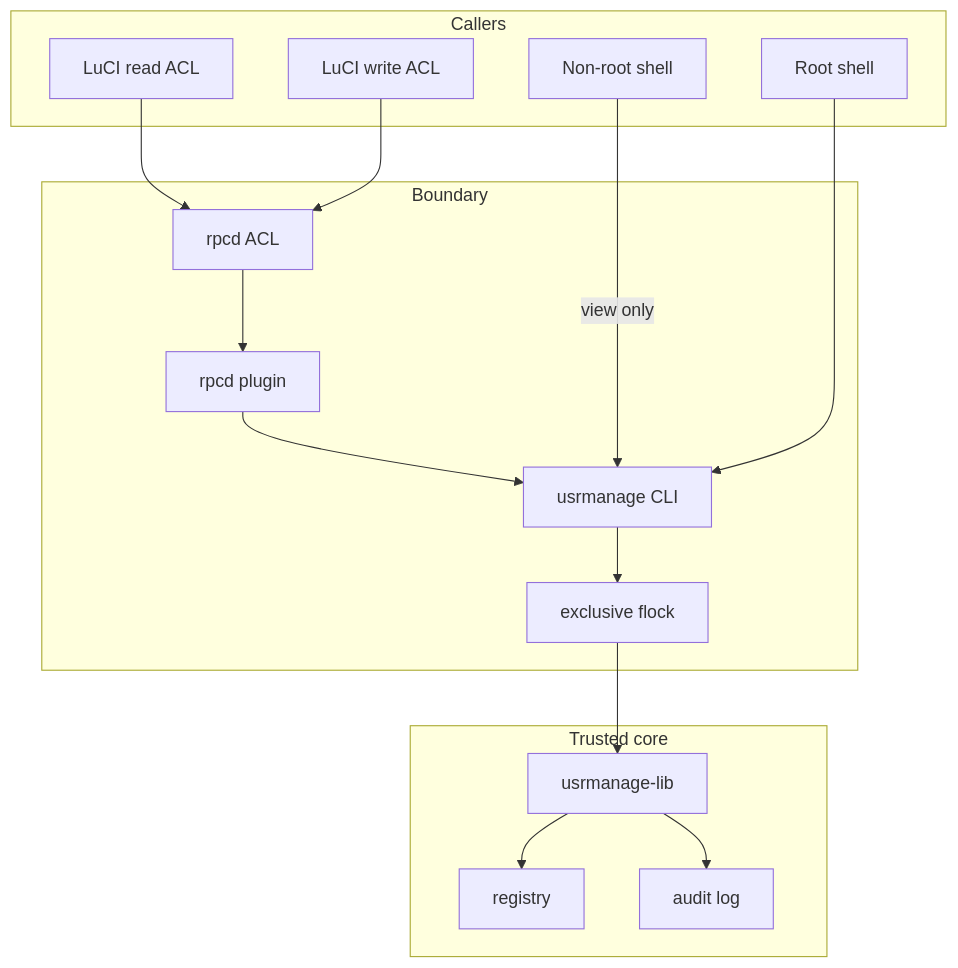
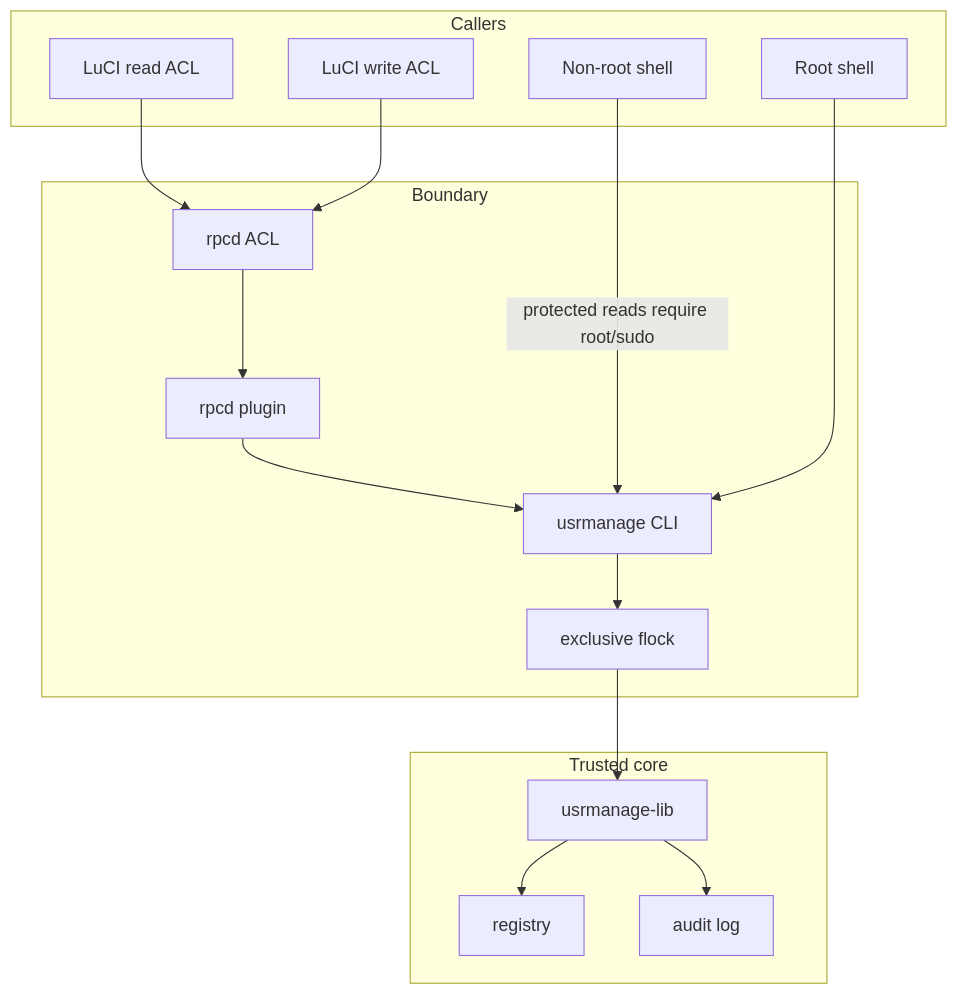
Before and after one commit to lucas-albers-lz4/usrmanage: the diagram in docs/developer/architecture.md, drawn with Mermaid. The commit also changed other lines of this file and 9 other files, not shown here.

````diff
--- a/docs/developer/architecture.md
+++ b/docs/developer/architecture.md
@@ -19,28 +19,28 @@
 ```mermaid
 flowchart TB
   subgraph untrusted [Callers]
     WebView[LuCI read ACL]
     WebManage[LuCI write ACL]
     ShellUser[Non-root shell]
     ShellRoot[Root shell]
   end
   subgraph boundary [Boundary]
     ACL[rpcd ACL]
     Rpcd[rpcd plugin]
     CLI[usrmanage CLI]
     Lock[exclusive flock]
   end
   subgraph core [Trusted core]
     Lib[usrmanage-lib]
     Reg[registry]
     Audit[audit log]
   end
   WebView --> ACL
   WebManage --> ACL
   ACL --> Rpcd --> CLI
-  ShellUser -->|"view only"| CLI
+  ShellUser -->|"protected reads require root/sudo"| CLI
   ShellRoot --> CLI
   CLI --> Lock --> Lib
   Lib --> Reg
   Lib --> Audit
 ```
````
